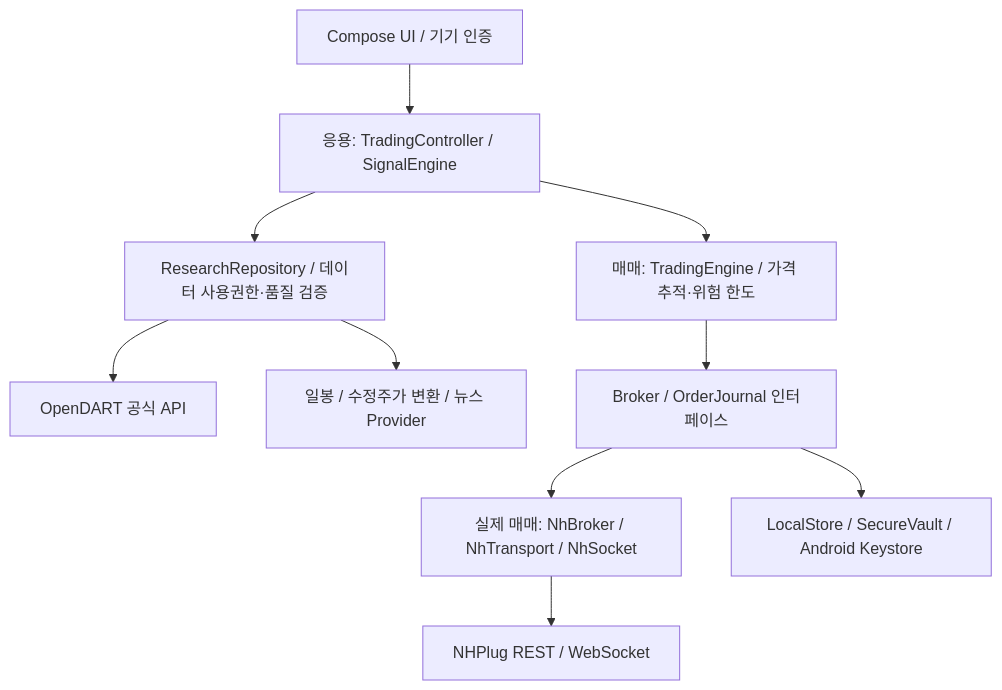
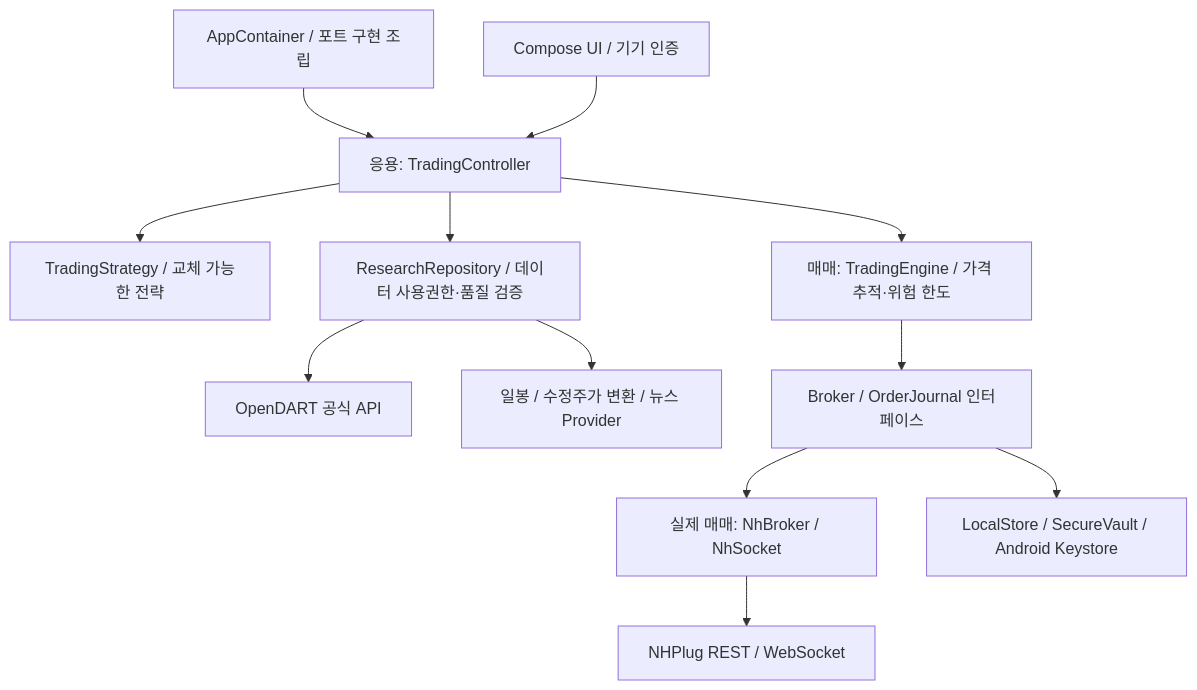
The diagram in README.md (sinpie/StockNHPlug), drawn with Mermaid before and after one commit. The commit also changed other lines of this file and 40 other files, not shown here.

Commit message:
Separate replaceable broker, research, strategy and storage ports

````diff
--- a/README.md
+++ b/README.md
@@ -19,12 +19,14 @@
 ```mermaid
 flowchart TB
- UI[Compose UI / 기기 인증] --> APP[응용: TradingController / SignalEngine]
+ ROOT[AppContainer / 포트 구현 조립] --> APP[응용: TradingController]
+ UI[Compose UI / 기기 인증] --> APP
+ APP --> STRATEGY[TradingStrategy / 교체 가능한 전략]
  APP --> RESEARCH[ResearchRepository / 데이터 사용권한·품질 검증]
  RESEARCH --> DART[OpenDART 공식 API]
  RESEARCH --> PRICE[일봉 / 수정주가 변환 / 뉴스 Provider]
  APP --> TRADE[매매: TradingEngine / 가격 추적·위험 한도]
  TRADE --> PORT[Broker / OrderJournal 인터페이스]
- PORT --> EXEC[실제 매매: NhBroker / NhTransport / NhSocket]
+ PORT --> EXEC[실제 매매: NhBroker / NhSocket]
  EXEC --> NH[NHPlug REST / WebSocket]
  PORT --> LOCAL[LocalStore / SecureVault / Android Keystore]
 ```
````
